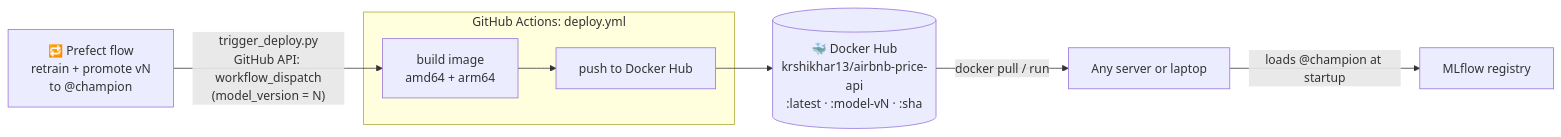
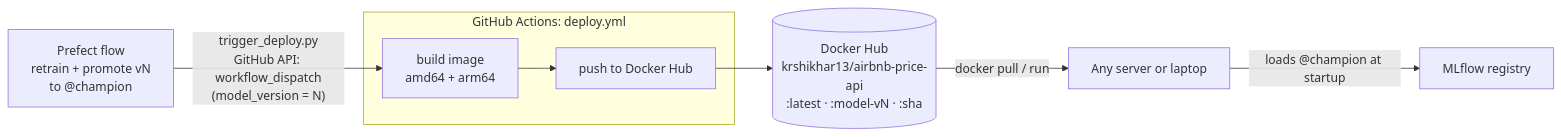
Before and after one commit to shikharkumar13/-NYC-Airbnb-Price-Prediction-MLOps: diagram 14 of 16 in implementation.md, drawn with Mermaid. The commit also changed other lines of this file and 1 other file, not shown here.

````diff
--- a/implementation.md
+++ b/implementation.md
@@ -2815,10 +2837,10 @@
 ```mermaid
 flowchart LR
-    P["🔁 Prefect flow\nretrain + promote vN\nto @champion"] -- "trigger_deploy.py\nGitHub API: workflow_dispatch\n(model_version = N)" --> D
+    P["Prefect flow\nretrain + promote vN\nto @champion"] -- "trigger_deploy.py\nGitHub API: workflow_dispatch\n(model_version = N)" --> D
     subgraph gha ["GitHub Actions: deploy.yml"]
         D["build image\namd64 + arm64"] --> PUSH["push to Docker Hub"]
     end
-    PUSH --> HUB[("🐳 Docker Hub\nkrshikhar13/airbnb-price-api\n:latest · :model-vN · :sha")]
+    PUSH --> HUB[("Docker Hub\nkrshikhar13/airbnb-price-api\n:latest · :model-vN · :sha")]
     HUB -- "docker pull / run" --> SRV["Any server or laptop"]
     SRV -- "loads @champion at startup" --> MLF["MLflow registry"]
 ```
````
